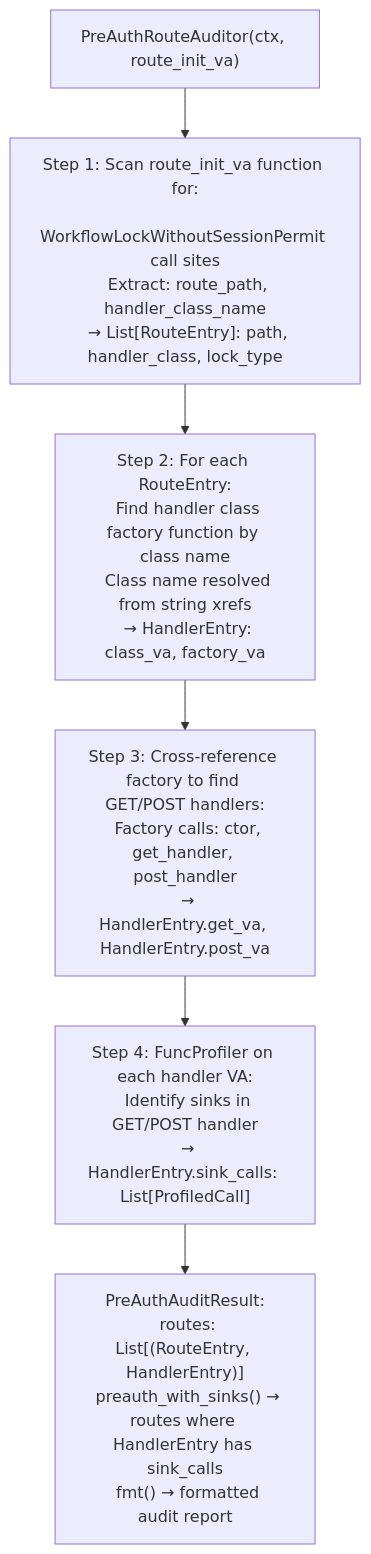
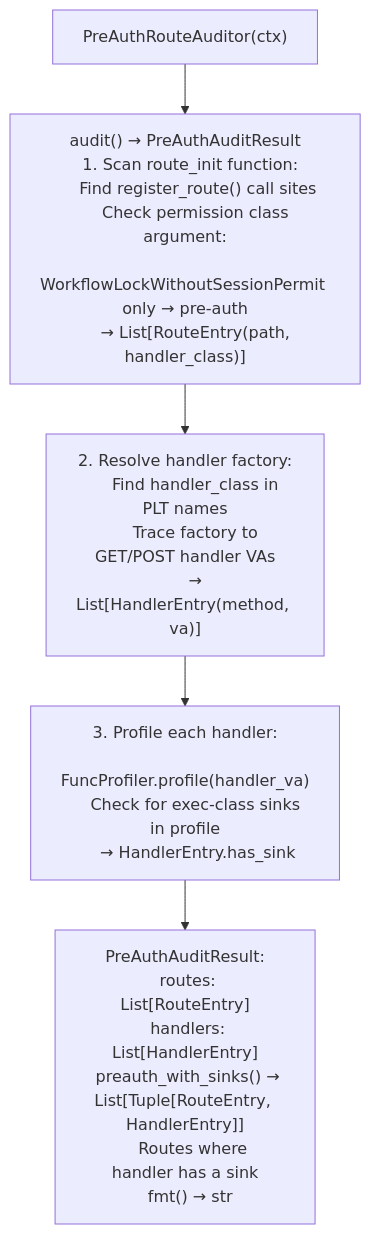
One commit to Ablation-Tool/ablation changed the diagram in docs/reference-modules/route-authentication-classification.md. Above: the diagram before and after it, drawn with Mermaid. The commit also changed other lines of this file and 1 other file, not shown here.

First line of the commit message:
docs: enterprise-quality pages for PreAuthRouteAuditor and PDB integration

````diff
--- a/docs/reference-modules/route-authentication-classification.md
+++ b/docs/reference-modules/route-authentication-classification.md
@@ -19,8 +19,7 @@
 ```mermaid
 flowchart TD
-    A["PreAuthRouteAuditor(ctx, route_init_va)"] --> B["Step 1: Scan route_init_va function for:\n  WorkflowLockWithoutSessionPermit call sites\n  Extract: route_path, handler_class_name\n  → List[RouteEntry]: path, handler_class, lock_type"]
-    B --> C["Step 2: For each RouteEntry:\n  Find handler class factory function by class name\n  Class name resolved from string xrefs\n  → HandlerEntry: class_va, factory_va"]
-    C --> D["Step 3: Cross-reference factory to find GET/POST handlers:\n  Factory calls: ctor, get_handler, post_handler\n  → HandlerEntry.get_va, HandlerEntry.post_va"]
-    D --> E["Step 4: FuncProfiler on each handler VA:\n  Identify sinks in GET/POST handler\n  → HandlerEntry.sink_calls: List[ProfiledCall]"]
-    E --> F["PreAuthAuditResult:\n  routes: List[(RouteEntry, HandlerEntry)]\n  preauth_with_sinks() → routes where HandlerEntry has sink_calls\n  fmt() → formatted audit report"]
+    A["PreAuthRouteAuditor(ctx)"] --> B["audit() → PreAuthAuditResult\n  1. Scan route_init function:\n     Find register_route() call sites\n     Check permission class argument:\n       WorkflowLockWithoutSessionPermit only → pre-auth\n     → List[RouteEntry(path, handler_class)]"]
+    B --> C["  2. Resolve handler factory:\n     Find handler_class in PLT names\n     Trace factory to GET/POST handler VAs\n     → List[HandlerEntry(method, va)]"]
+    C --> D["  3. Profile each handler:\n     FuncProfiler.profile(handler_va)\n     Check for exec-class sinks in profile\n     → HandlerEntry.has_sink"]
+    D --> E["PreAuthAuditResult:\n  routes: List[RouteEntry]\n  handlers: List[HandlerEntry]\n  preauth_with_sinks() → List[Tuple[RouteEntry, HandlerEntry]]\n    Routes where handler has a sink\n  fmt() → str"]
 ```
````
